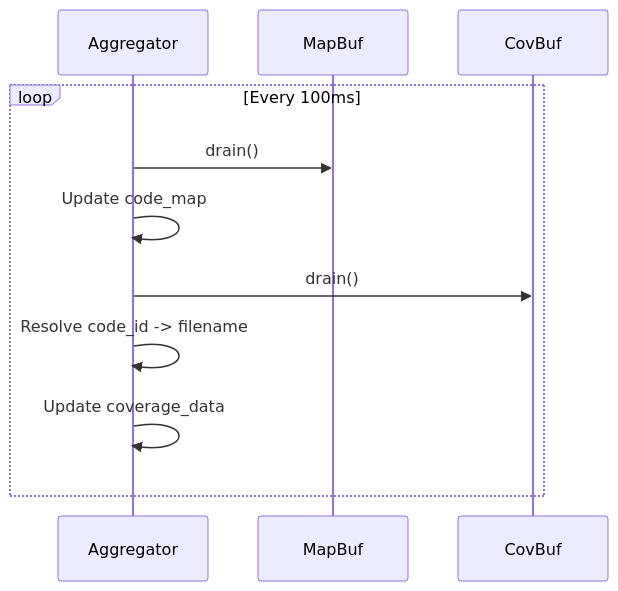
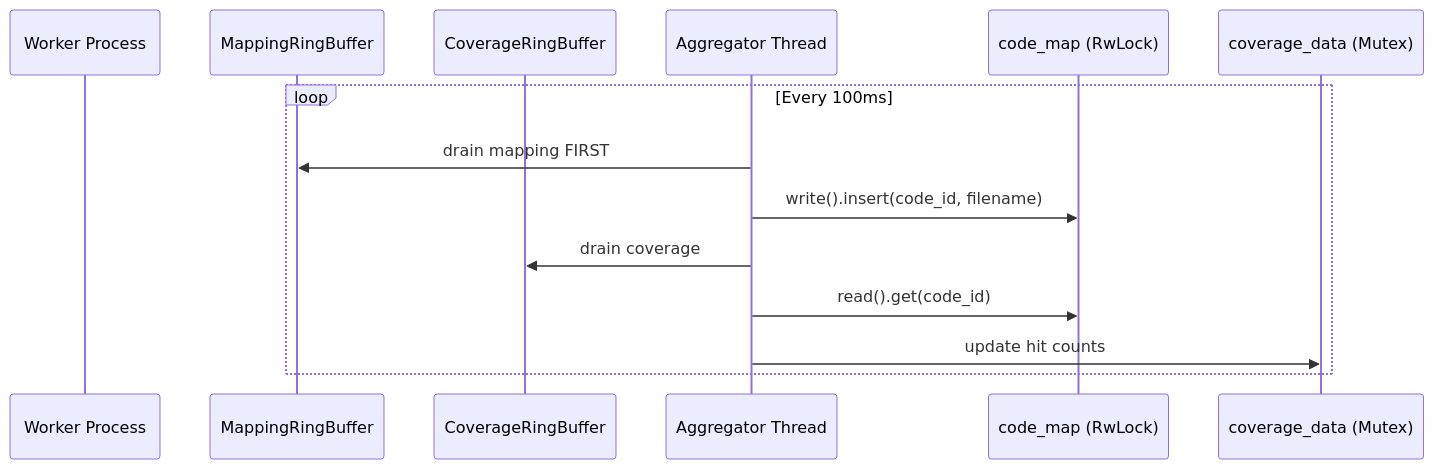
One commit to NikkeTryHard/tach-core changed the fourth of 4 diagrams in docs/architecture/coverage.md. Above: the diagram before and after it, drawn with Mermaid. The commit also changed other lines of this file and 34 other files, not shown here.

````diff
--- a/docs/architecture/coverage.md
+++ b/docs/architecture/coverage.md
@@ -191,10 +231,17 @@
 ```mermaid
 sequenceDiagram
+    participant Worker as Worker Process
+    participant MapBuf as MappingRingBuffer
+    participant CovBuf as CoverageRingBuffer
+    participant Agg as Aggregator Thread
+    participant CodeMap as code_map (RwLock)
+    participant Data as coverage_data (Mutex)
+
     loop Every 100ms
-        Aggregator->>MapBuf: drain()
-        Aggregator->>Aggregator: Update code_map
-        Aggregator->>CovBuf: drain()
-        Aggregator->>Aggregator: Resolve code_id -> filename
-        Aggregator->>Aggregator: Update coverage_data
+        Agg->>MapBuf: drain mapping FIRST
+        Agg->>CodeMap: write().insert(code_id, filename)
+        Agg->>CovBuf: drain coverage
+        Agg->>CodeMap: read().get(code_id)
+        Agg->>Data: update hit counts
     end
 ```
````
